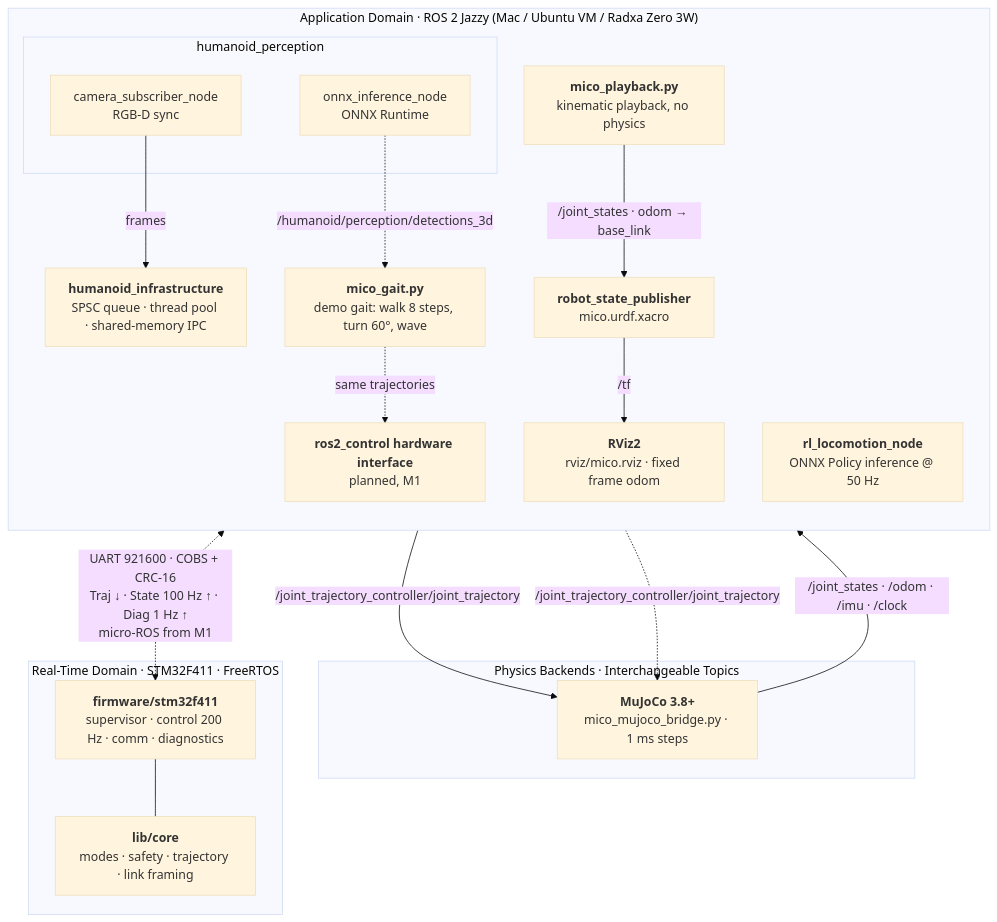
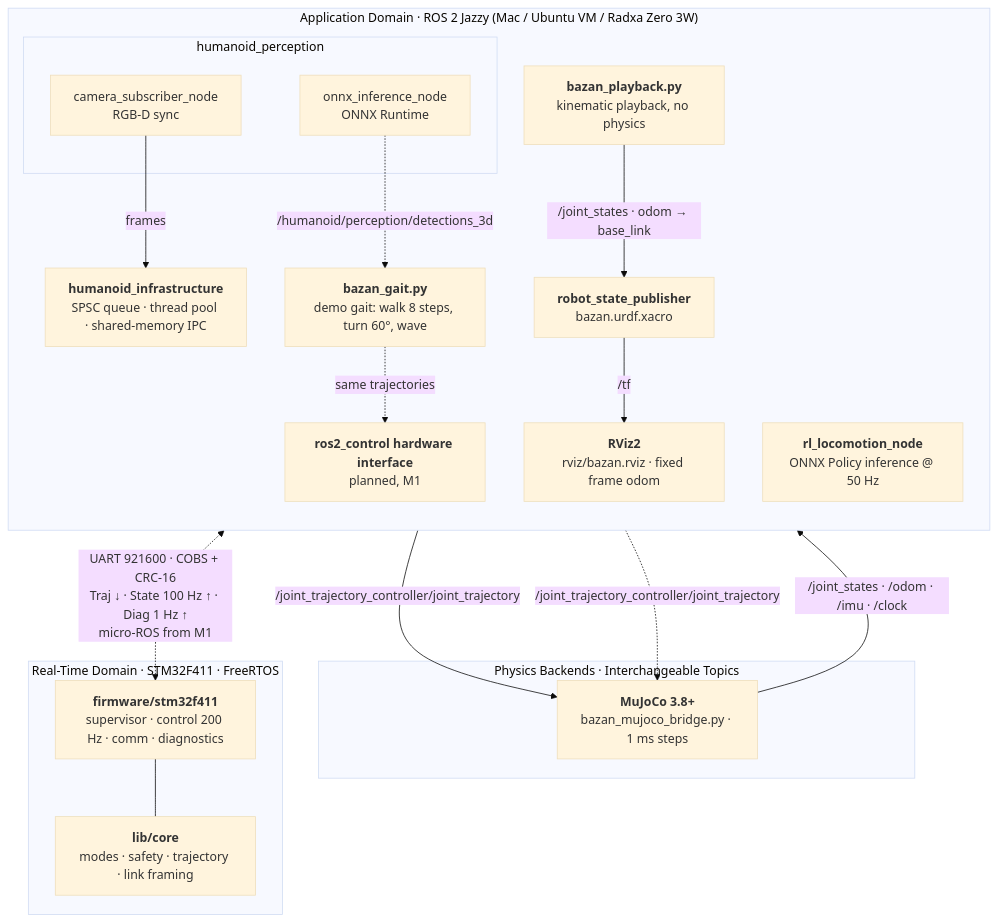
The third of 7 diagrams in README.md (nguyenhau442001/Bazan_Humanoid), drawn with Mermaid (base theme) before and after one commit. The commit also changed other lines of this file and 108 other files, not shown here.

Commit message:
feat(identity): complete end-to-end migration from Mico to Bazan architecture and tooling

````diff
--- a/README.md
+++ b/README.md
@@ -213,37 +213,37 @@
 ```mermaid
 flowchart TB
   subgraph APP["Application Domain · ROS 2 Jazzy (Mac / Ubuntu VM / Radxa Zero 3W)"]
     direction TB
-    GAIT["<b>mico_gait.py</b><br/>demo gait: walk 8 steps, turn 60°, wave"]
+    GAIT["<b>bazan_gait.py</b><br/>demo gait: walk 8 steps, turn 60°, wave"]
     RL_NODE["<b>rl_locomotion_node</b><br/>ONNX Policy inference @ 50 Hz"]
-    PLAY["<b>mico_playback.py</b><br/>kinematic playback, no physics"]
-    RSP["<b>robot_state_publisher</b><br/>mico.urdf.xacro"]
-    RVIZ["<b>RViz2</b><br/>rviz/mico.rviz · fixed frame odom"]
+    PLAY["<b>bazan_playback.py</b><br/>kinematic playback, no physics"]
+    RSP["<b>robot_state_publisher</b><br/>bazan.urdf.xacro"]
+    RVIZ["<b>RViz2</b><br/>rviz/bazan.rviz · fixed frame odom"]
     subgraph PERC["humanoid_perception"]
       CAM["camera_subscriber_node<br/>RGB-D sync"]
       ONNX["onnx_inference_node<br/>ONNX Runtime"]
     end
     INFRA["<b>humanoid_infrastructure</b><br/>SPSC queue · thread pool · shared-memory IPC"]
     HWI["<b>ros2_control hardware interface</b><br/>planned, M1"]
   end
 
   subgraph SIM["Physics Backends · Interchangeable Topics"]
-    MJ["<b>MuJoCo 3.8+</b><br/>mico_mujoco_bridge.py · 1 ms steps"]
+    MJ["<b>MuJoCo 3.8+</b><br/>bazan_mujoco_bridge.py · 1 ms steps"]
   end
 
   subgraph MCU["Real-Time Domain · STM32F411 · FreeRTOS"]
     FW["<b>firmware/stm32f411</b><br/>supervisor · control 200 Hz · comm · diagnostics"]
     CORE["<b>lib/core</b><br/>modes · safety · trajectory · link framing"]
   end
 
   GAIT -->|"/joint_trajectory_controller/joint_trajectory"| MJ
   GAIT -.->|"same trajectories"| HWI
   RL_NODE -.->|"/joint_trajectory_controller/joint_trajectory"| MJ
   MJ -->|"/joint_states · /odom · /imu · /clock"| RSP
   PLAY -->|"/joint_states · odom → base_link"| RSP
   RSP -->|"/tf"| RVIZ
   CAM -->|"frames"| INFRA
   ONNX -.->|"/humanoid/perception/detections_3d"| GAIT
   HWI <-.->|"UART 921600 · COBS + CRC-16<br/>Traj ↓ · State 100 Hz ↑ · Diag 1 Hz ↑<br/>micro-ROS from M1"| FW
   FW --- CORE
 ```
````
